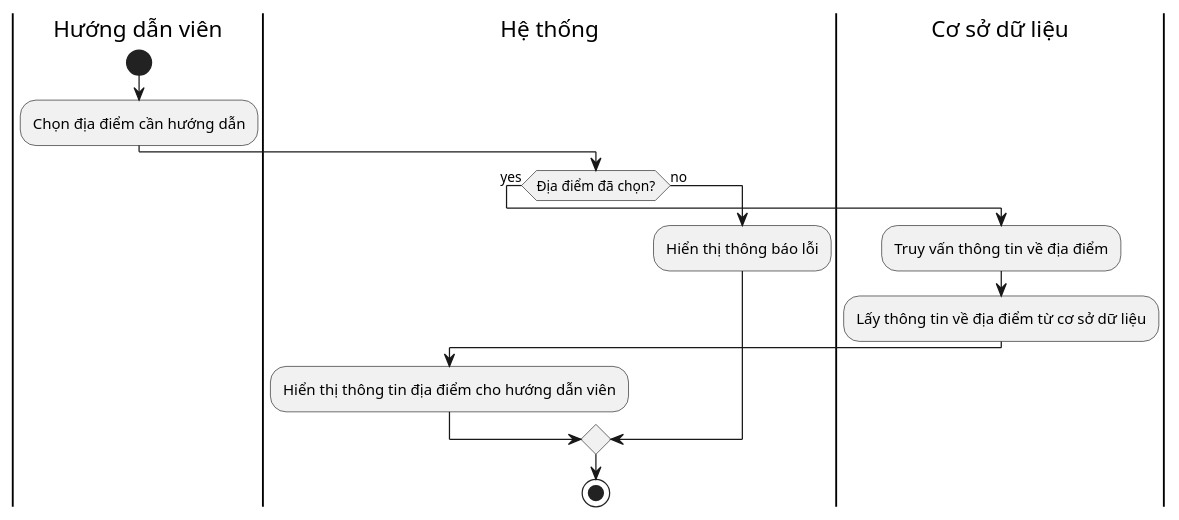
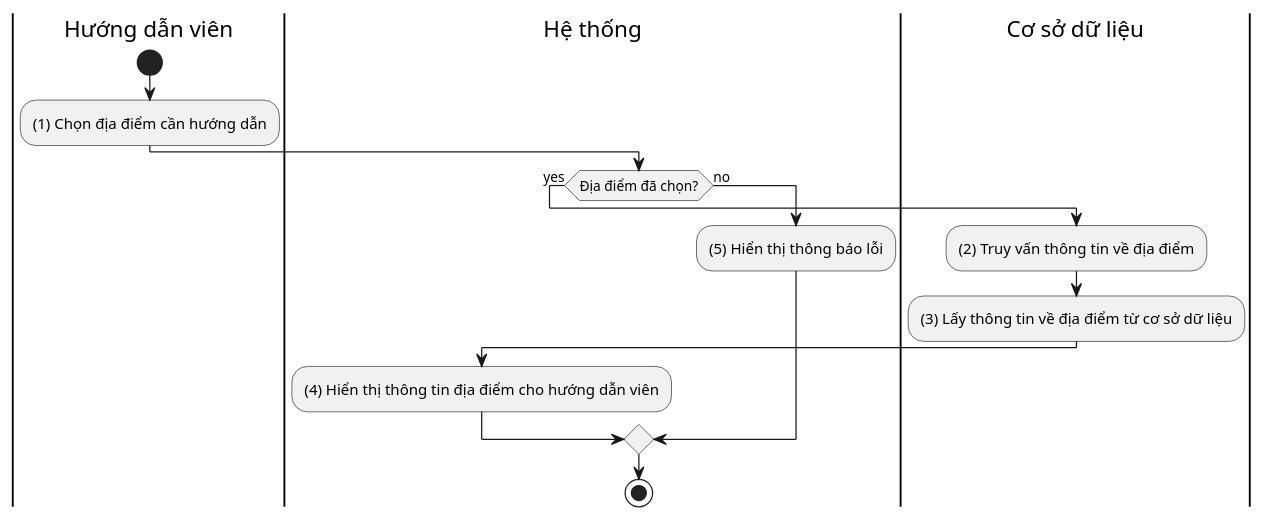
Before and after one commit to Khoitran0205/SE357-Pratice-class: the diagram in lab1.2/activity_diagrams/guideLocationInfo.plantuml, drawn with PlantUML. The commit also changed 10 other files, not shown here.

```diff
--- a/lab1.2/activity_diagrams/guideLocationInfo.plantuml
+++ b/lab1.2/activity_diagrams/guideLocationInfo.plantuml
@@ -1,17 +1,17 @@
 @startuml guideLocationInfo_activity_diagram
 |Hướng dẫn viên|
 start
-:Chọn địa điểm cần hướng dẫn;
+:(1) Chọn địa điểm cần hướng dẫn;
 |Hệ thống|
 if (Địa điểm đã chọn?) then (yes)
   |Cơ sở dữ liệu|
-  :Truy vấn thông tin về địa điểm;
-  :Lấy thông tin về địa điểm từ cơ sở dữ liệu;
+  :(2) Truy vấn thông tin về địa điểm;
+  :(3) Lấy thông tin về địa điểm từ cơ sở dữ liệu;
   |Hệ thống|
-  :Hiển thị thông tin địa điểm cho hướng dẫn viên;
+  :(4) Hiển thị thông tin địa điểm cho hướng dẫn viên;
 else (no)
-  :Hiển thị thông báo lỗi;
+  :(5) Hiển thị thông báo lỗi;
 endif
 
 stop
 @enduml
```
